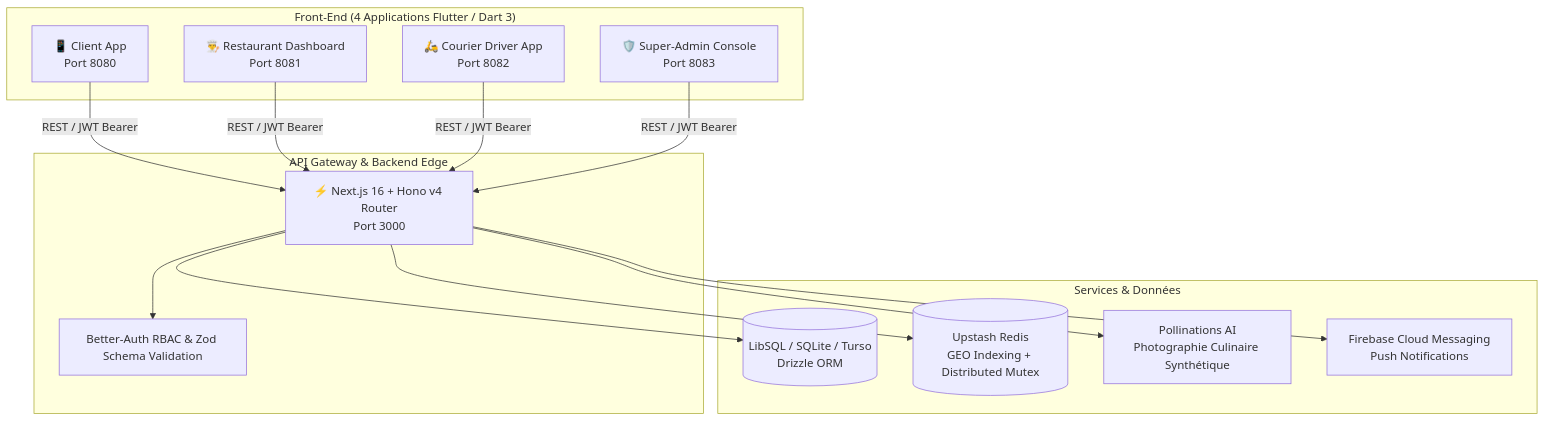
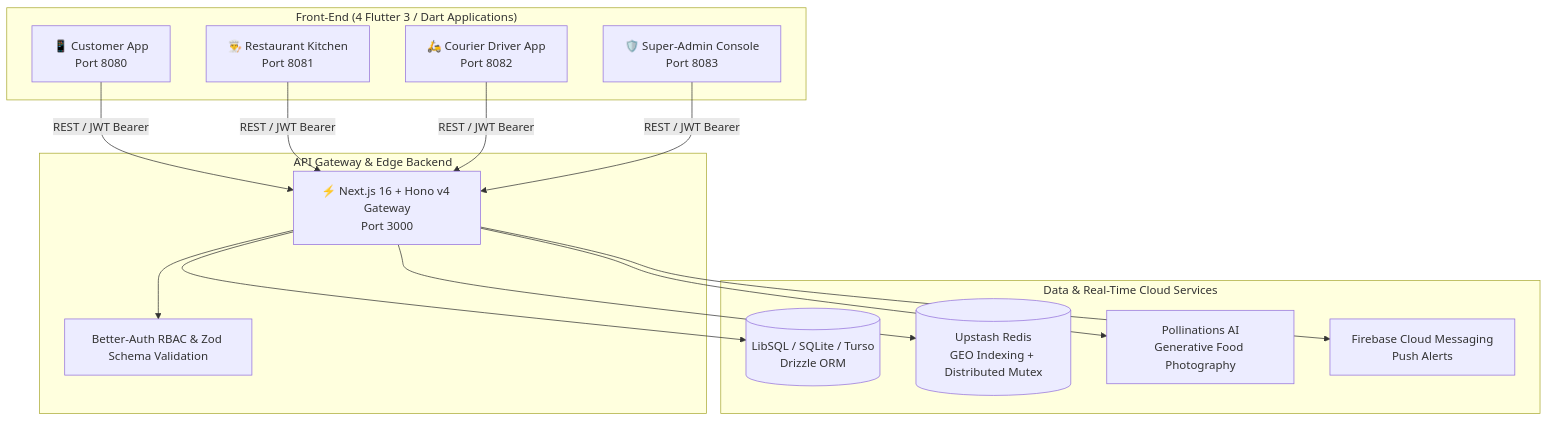
One commit to Nour2004-ipeit/djerba-delivery changed the diagram in README.md. Above: the diagram before and after it, drawn with Mermaid. The commit also changed other lines of this file, not shown here.

````diff
--- a/README.md
+++ b/README.md
@@ -71,28 +54,28 @@
 ```mermaid
 graph TD
-    subgraph "Front-End (4 Applications Flutter / Dart 3)"
-        C[📱 Client App<br/>Port 8080]
-        R[👨‍🍳 Restaurant Dashboard<br/>Port 8081]
+    subgraph "Front-End (4 Flutter 3 / Dart Applications)"
+        C[📱 Customer App<br/>Port 8080]
+        R[👨‍🍳 Restaurant Kitchen<br/>Port 8081]
         D[🛵 Courier Driver App<br/>Port 8082]
         A[🛡️ Super-Admin Console<br/>Port 8083]
     end
 
-    subgraph "API Gateway & Backend Edge"
-        GW[⚡ Next.js 16 + Hono v4 Router<br/>Port 3000]
+    subgraph "API Gateway & Edge Backend"
+        GW[⚡ Next.js 16 + Hono v4 Gateway<br/>Port 3000]
         AUTH[Better-Auth RBAC & Zod Schema Validation]
     end
 
-    subgraph "Services & Données"
+    subgraph "Data & Real-Time Cloud Services"
         DB[(LibSQL / SQLite / Turso<br/>Drizzle ORM)]
         REDIS[(Upstash Redis<br/>GEO Indexing + Distributed Mutex)]
-        AI[Pollinations AI<br/>Photographie Culinaire Synthétique]
-        FCM[Firebase Cloud Messaging<br/>Push Notifications]
+        AI[Pollinations AI<br/>Generative Food Photography]
+        FCM[Firebase Cloud Messaging<br/>Push Alerts]
     end
 
     C & R & D & A -->|REST / JWT Bearer| GW
     GW --> AUTH
     GW --> DB
     GW --> REDIS
     GW --> AI
     GW --> FCM
 ```
````
